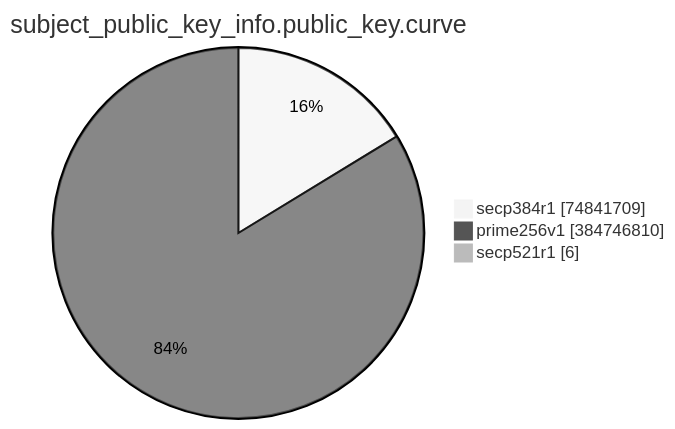
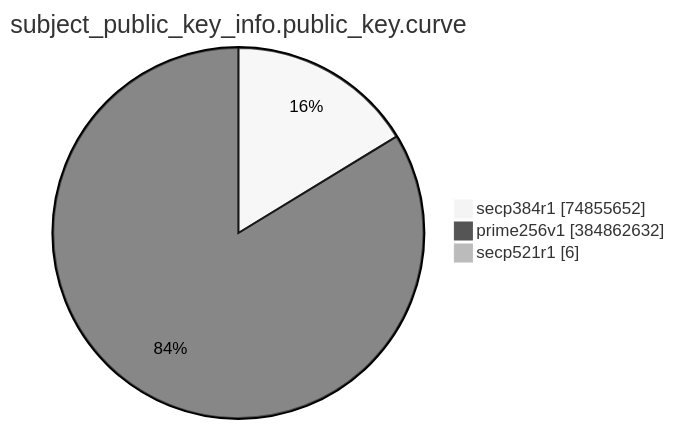
Before and after one commit to christiankrug/ctmonitor_visualization: the eighth of 15 diagrams in TOTAL/README.md, drawn with Mermaid (neutral theme). The commit also changed other lines of this file, not shown here.

````diff
--- a/TOTAL/README.md
+++ b/TOTAL/README.md
@@ -3094,7 +3094,7 @@
 ```mermaid
 pie showData
 title subject_public_key_info.public_key.curve
-"secp384r1" :74841709
-"prime256v1" :384746810
+"secp384r1" :74855652
+"prime256v1" :384862632
 "secp521r1" :6
 ```
````
